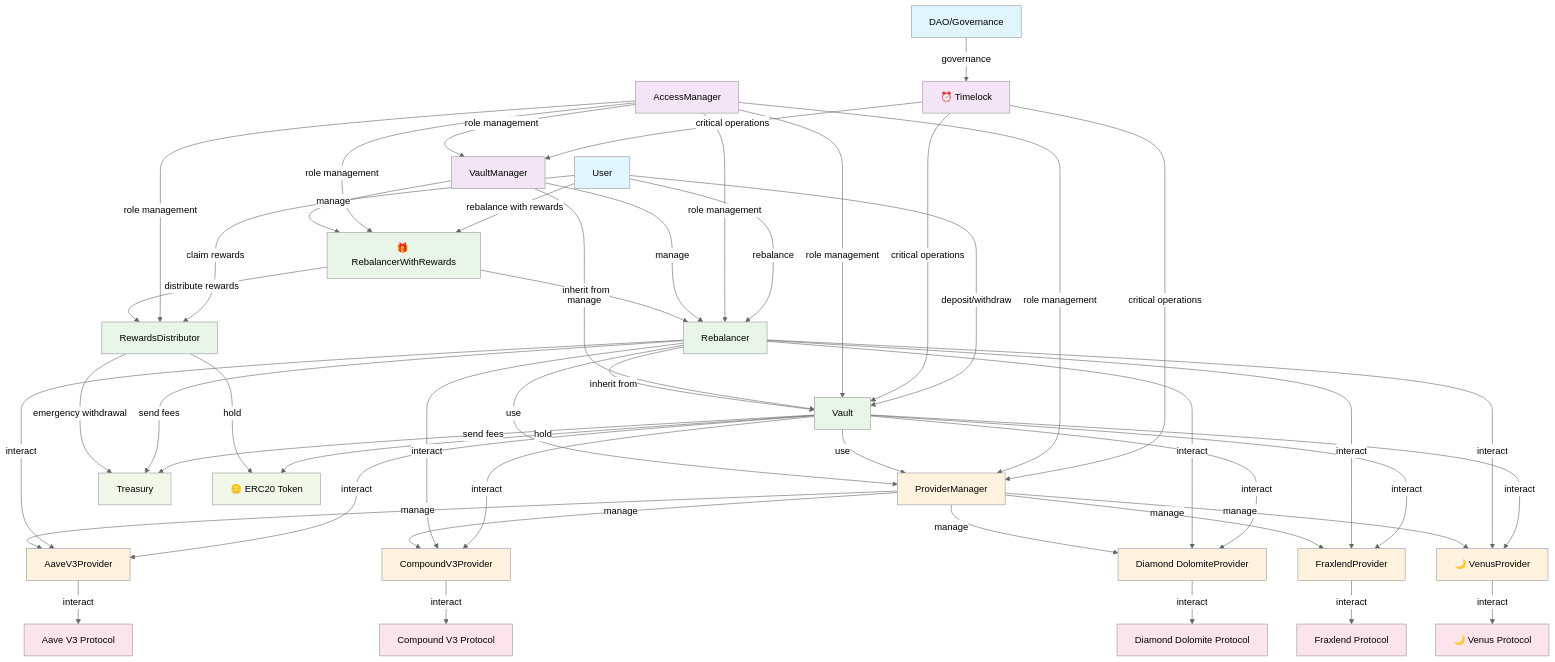
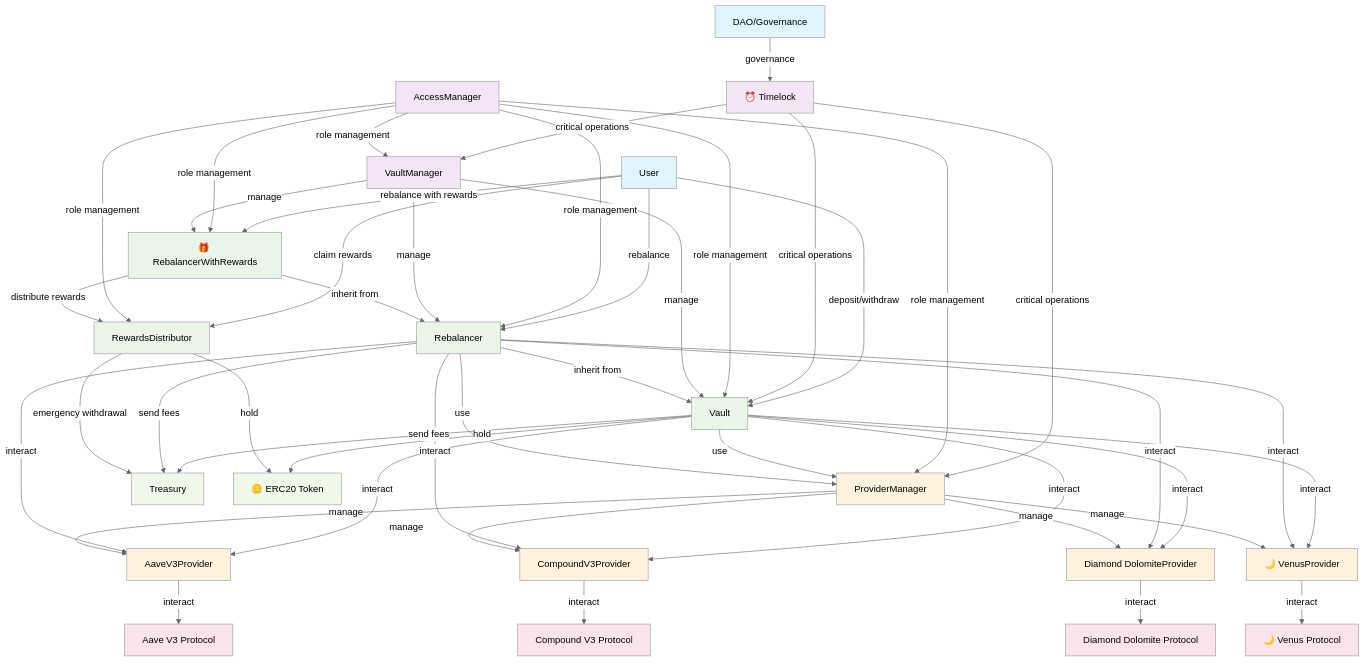
One commit to Thesauros/contracts changed the first of 7 diagrams in docs/shemes/contract-interaction-diagram.md. Above: the diagram before and after it, drawn with Mermaid (neutral theme). The commit also changed other lines of this file and 24 other files, not shown here.

````diff
--- a/docs/shemes/contract-interaction-diagram.md
+++ b/docs/shemes/contract-interaction-diagram.md
@@ -32,14 +32,12 @@
     AaveV3Provider[  AaveV3Provider]
     CompoundV3Provider[   CompoundV3Provider]
     DolomiteProvider[Diamond DolomiteProvider]
-    FraxlendProvider[  FraxlendProvider]
     VenusProvider[🌙 VenusProvider]
     
     %% External Protocols
     AaveV3[  Aave V3 Protocol]
     CompoundV3[   Compound V3 Protocol]
     Dolomite[Diamond Dolomite Protocol]
-    Fraxlend[  Fraxlend Protocol]
     Venus[🌙 Venus Protocol]
     
     %% Treasury and Tokens
@@ -76,7 +74,6 @@
     Vault -->|interact| AaveV3Provider
     Vault -->|interact| CompoundV3Provider
     Vault -->|interact| DolomiteProvider
-    Vault -->|interact| FraxlendProvider
     Vault -->|interact| VenusProvider
     Vault -->|send fees| Treasury
     Vault -->|hold| ERC20Token
@@ -87,7 +84,6 @@
     Rebalancer -->|interact| AaveV3Provider
     Rebalancer -->|interact| CompoundV3Provider
     Rebalancer -->|interact| DolomiteProvider
-    Rebalancer -->|interact| FraxlendProvider
     Rebalancer -->|interact| VenusProvider
     Rebalancer -->|send fees| Treasury
     
@@ -99,14 +95,12 @@
     ProviderManager -->|manage| AaveV3Provider
     ProviderManager -->|manage| CompoundV3Provider
     ProviderManager -->|manage| DolomiteProvider
-    ProviderManager -->|manage| FraxlendProvider
     ProviderManager -->|manage| VenusProvider
     
     %% Provider to Protocol Interactions
     AaveV3Provider -->|interact| AaveV3
     CompoundV3Provider -->|interact| CompoundV3
     DolomiteProvider -->|interact| Dolomite
-    FraxlendProvider -->|interact| Fraxlend
     VenusProvider -->|interact| Venus
     
     %% Rewards System
@@ -124,7 +118,7 @@
     class User,DAO userLayer
     class VaultManager,Timelock,AccessManager coreLayer
     class Vault,Rebalancer,RebalancerWithRewards,RewardsDistributor vaultLayer
-    class ProviderManager,AaveV3Provider,CompoundV3Provider,DolomiteProvider,FraxlendProvider,VenusProvider providerLayer
-    class AaveV3,CompoundV3,Dolomite,Fraxlend,Venus externalLayer
+    class ProviderManager,AaveV3Provider,CompoundV3Provider,DolomiteProvider,VenusProvider providerLayer
+    class AaveV3,CompoundV3,Dolomite,Venus externalLayer
     class Treasury,ERC20Token treasuryLayer
 ```
````
